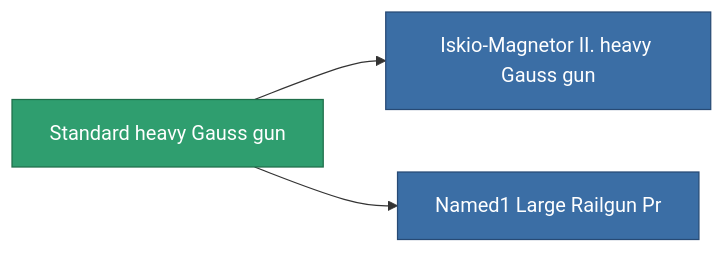
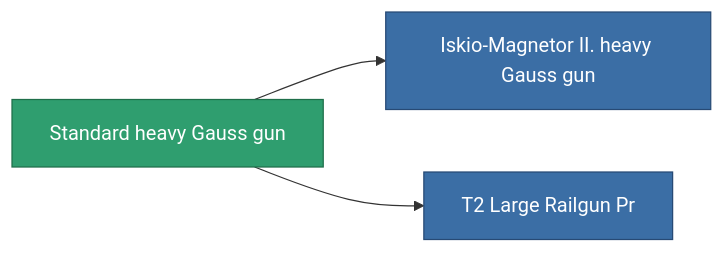
One commit to OpenPerpetuum/Wiki changed the diagram in content/content/items/standard_large_railgun.md. Above: the diagram before and after it, drawn with Mermaid. The commit also changed other lines of this file and 4904 other files, not shown here.

````diff
--- a/content/content/items/standard_large_railgun.md
+++ b/content/content/items/standard_large_railgun.md
@@ -61,13 +49,13 @@
 ```mermaid
 graph LR
     a["Standard heavy Gauss gun"]:::current
     b["Iskio-Magnetor II. heavy Gauss gun"]:::prod
     a --> b
     click b "/content/items/named1-large-railgun/" "Iskio-Magnetor II. heavy Gauss gun"
-    c["Named1 Large Railgun Pr"]:::prod
+    c["T2 Large Railgun Pr"]:::prod
     a --> c
-    click c "/content/items/named1-large-railgun-pr/" "Named1 Large Railgun Pr"
+    click c "/content/items/named1-large-railgun-pr/" "T2 Large Railgun Pr"
     classDef current fill:#2f9e6f,stroke:#1f6f4a,color:#ffffff
     classDef prod fill:#3b6ea5,stroke:#274a75,color:#ffffff
     classDef more fill:#39445a,stroke:#54658a,color:#d5dbe8
 ```
````
